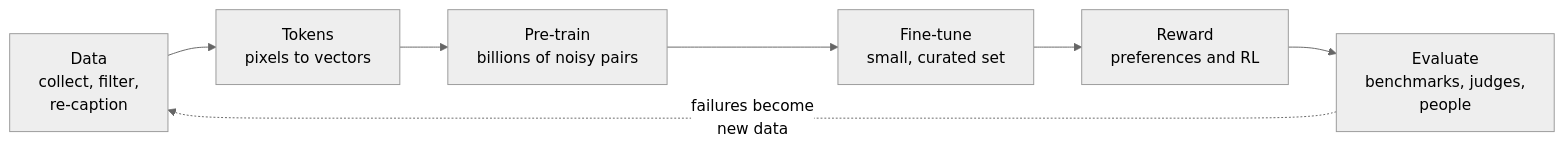
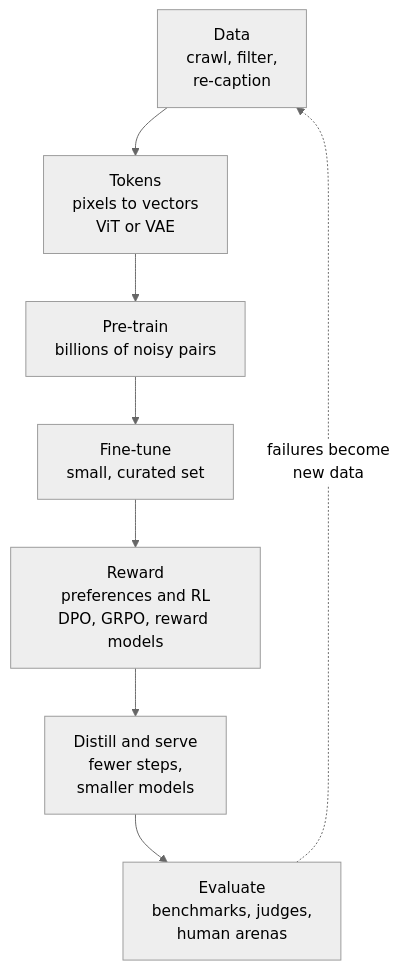
One commit to gopikrishtummala/gopikrishtummala.github.io changed the first of 5 diagrams in src/data/blog/generative-ai/multimodal-foundation-models-end-to-end.md. Above: the diagram before and after it, drawn with Mermaid (neutral theme). The commit also changed other lines of this file and 15 other files, not shown here.

First line of the commit message:
Restore every diagram removed in the style.md cleanup

````diff
--- a/src/data/blog/generative-ai/multimodal-foundation-models-end-to-end.md
+++ b/src/data/blog/generative-ai/multimodal-foundation-models-end-to-end.md
@@ -40,9 +40,10 @@
 ```mermaid
-flowchart LR
-  D["Data<br/>collect, filter,<br/>re-caption"] --> T["Tokens<br/>pixels to vectors"]
+flowchart TB
+  D["Data<br/>crawl, filter,<br/>re-caption"] --> T["Tokens<br/>pixels to vectors<br/>ViT or VAE"]
   T --> P["Pre-train<br/>billions of noisy pairs"]
   P --> S["Fine-tune<br/>small, curated set"]
-  S --> R["Reward<br/>preferences and RL"]
-  R --> E["Evaluate<br/>benchmarks, judges,<br/>people"]
+  S --> R["Reward<br/>preferences and RL<br/>DPO, GRPO, reward models"]
+  R --> X["Distill and serve<br/>fewer steps,<br/>smaller models"]
+  X --> E["Evaluate<br/>benchmarks, judges,<br/>human arenas"]
   E -.->|"failures become<br/>new data"| D
 ```
````
